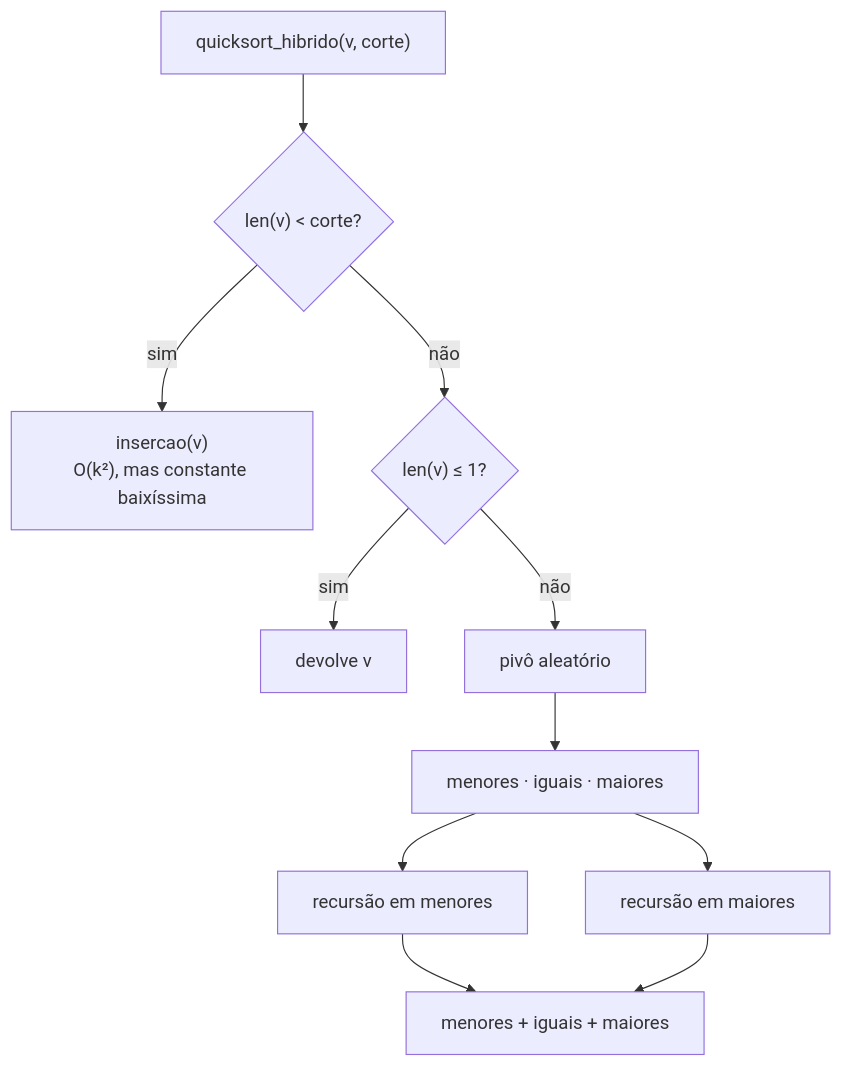
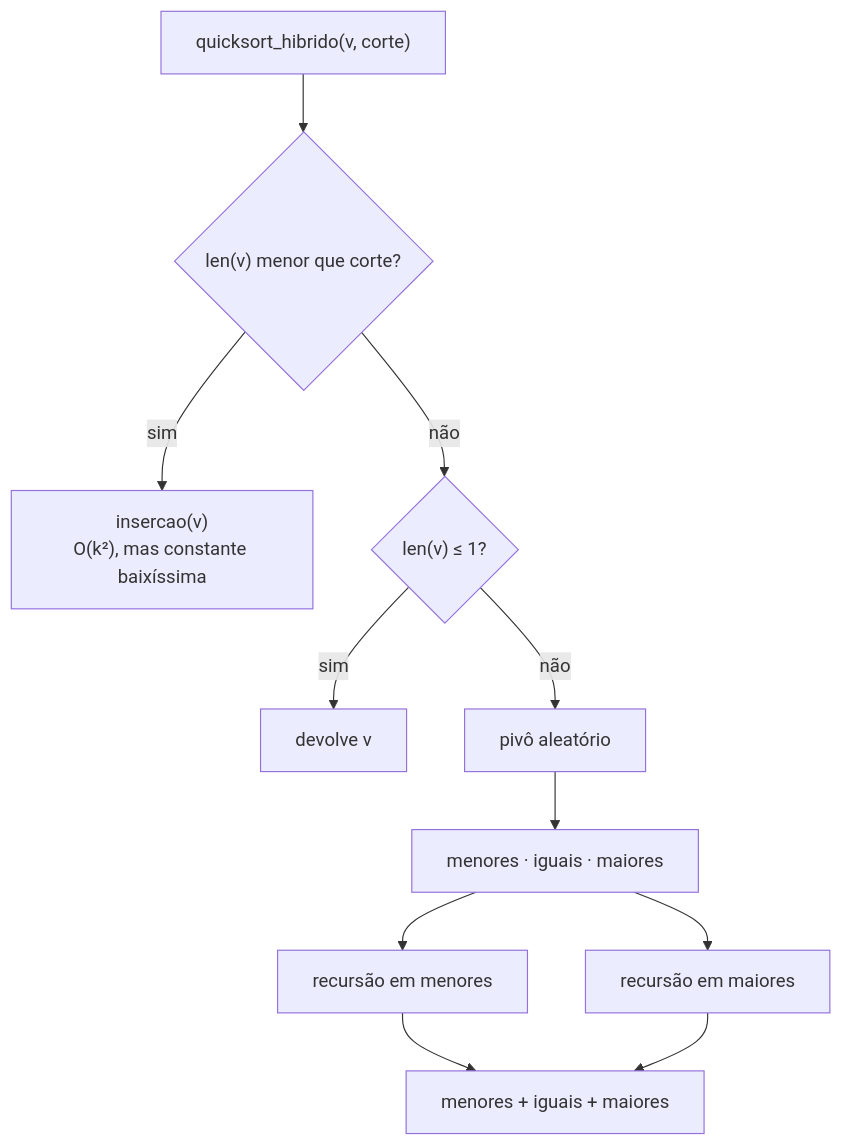
Before and after one commit to Arthur-Gmb/quicksort-hibrido: the diagram in RELATORIO.md, drawn with Mermaid. The commit also changed other lines of this file and 31 other files, not shown here.

````diff
--- a/RELATORIO.md
+++ b/RELATORIO.md
@@ -60,13 +60,13 @@
 ```mermaid
 flowchart TD
-    A["quicksort_hibrido(v, corte)"] --> B{"len(v) &lt; corte?"}
+    A["quicksort_hibrido(v, corte)"] --> B{"len(v) menor que corte?"}
     B -- sim --> C["insercao(v)<br/>O(k²), mas constante baixíssima"]
     B -- não --> D{"len(v) ≤ 1?"}
     D -- sim --> E["devolve v"]
     D -- não --> F["pivô aleatório"]
     F --> G["menores · iguais · maiores"]
     G --> H["recursão em menores"]
     G --> I["recursão em maiores"]
     H --> J["menores + iguais + maiores"]
     I --> J
 ```
````
